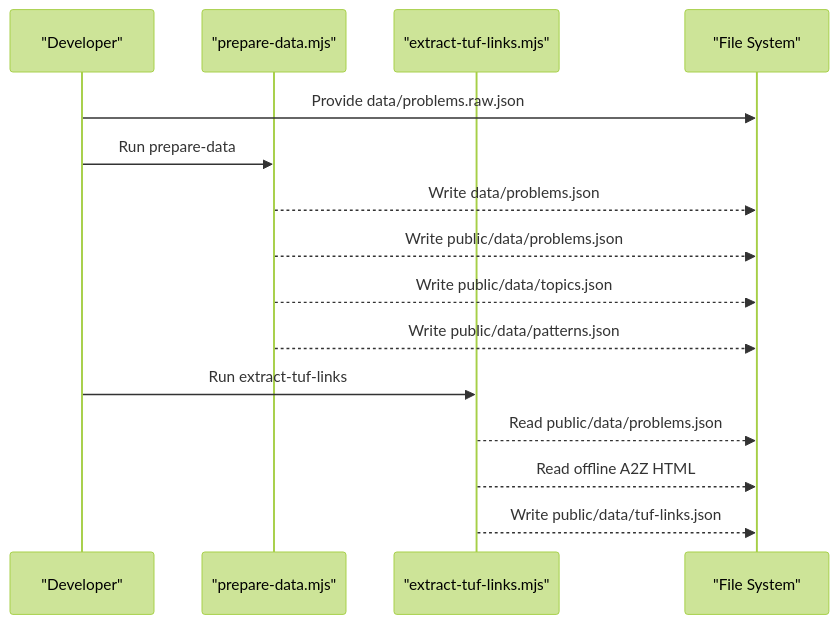
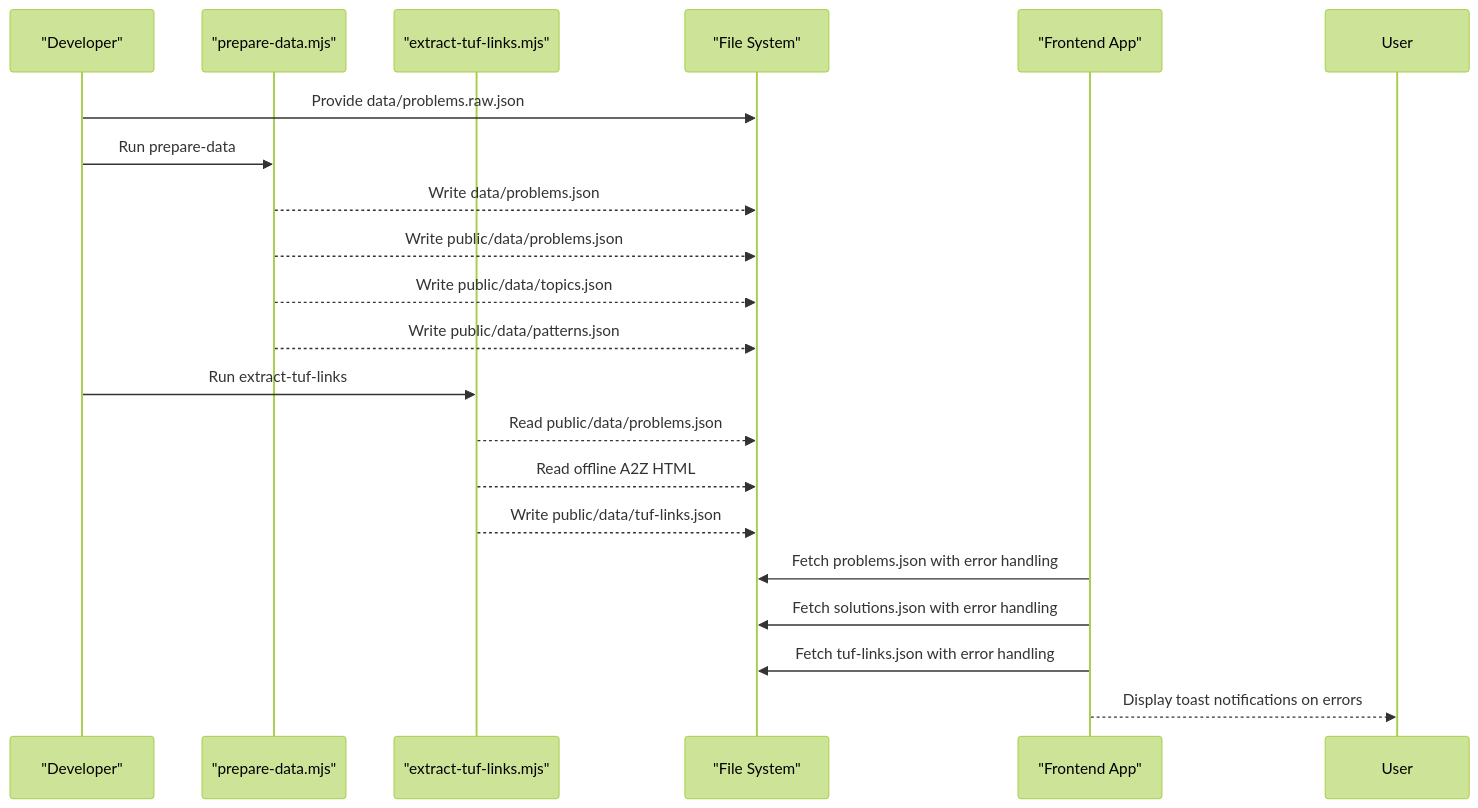
One commit to iamrituraj/DSA-Tracker changed the second of 5 diagrams in .qoder/repowiki/en/content/Data Management/Static Data Assets.md. Above: the diagram before and after it, drawn with Mermaid (forest theme). The commit also changed other lines of this file and 42 other files, not shown here.

````diff
--- a/.qoder/repowiki/en/content/Data Management/Static Data Assets.md
+++ b/.qoder/repowiki/en/content/Data Management/Static Data Assets.md
@@ -91,17 +109,22 @@
 ```mermaid
 sequenceDiagram
 participant Dev as "Developer"
 participant Prep as "prepare-data.mjs"
 participant Extract as "extract-tuf-links.mjs"
 participant FS as "File System"
+participant FE as "Frontend App"
 Dev->>FS : Provide data/problems.raw.json
 Dev->>Prep : Run prepare-data
 Prep-->>FS : Write data/problems.json
 Prep-->>FS : Write public/data/problems.json
 Prep-->>FS : Write public/data/topics.json
 Prep-->>FS : Write public/data/patterns.json
 Dev->>Extract : Run extract-tuf-links
 Extract-->>FS : Read public/data/problems.json
 Extract-->>FS : Read offline A2Z HTML
 Extract-->>FS : Write public/data/tuf-links.json
+FE->>FS : Fetch problems.json with error handling
+FE->>FS : Fetch solutions.json with error handling
+FE->>FS : Fetch tuf-links.json with error handling
+FE-->>User : Display toast notifications on errors
 ```
````
